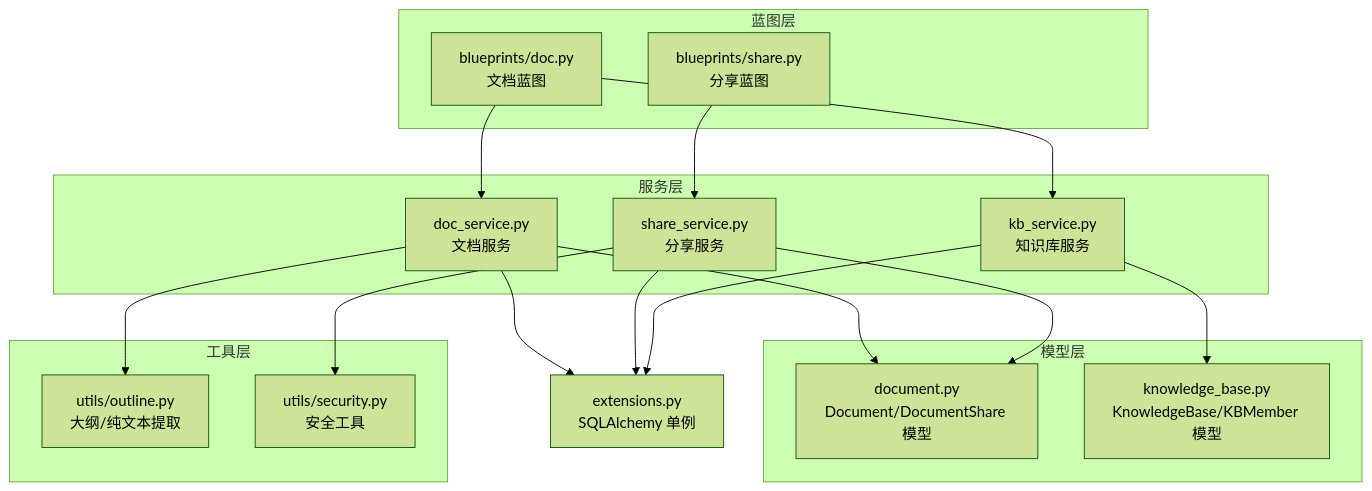
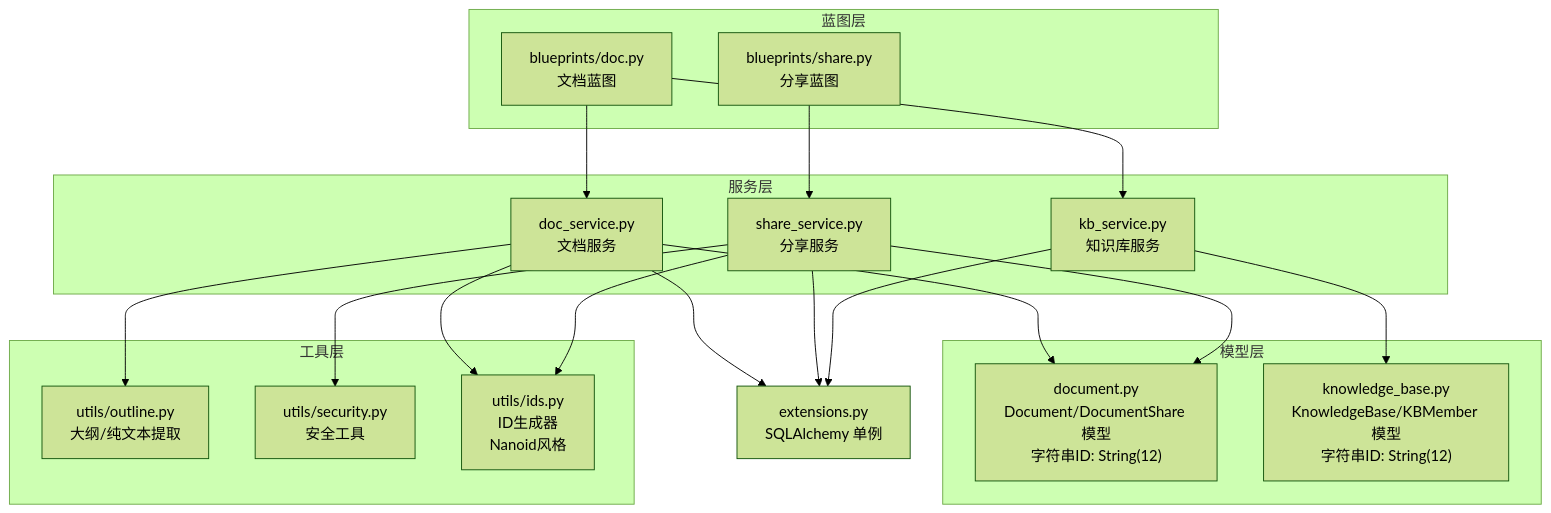
The first of 8 diagrams in .qoder/repowiki/zh/content/核心模块/文档管理系统/文档服务层.md (beyondalbert/my_wiki), drawn with Mermaid (forest theme) before and after one commit. The commit also changed other lines of this file and 21 other files, not shown here.

````diff
--- a/.qoder/repowiki/zh/content/核心模块/文档管理系统/文档服务层.md
+++ b/.qoder/repowiki/zh/content/核心模块/文档管理系统/文档服务层.md
@@ -34,32 +45,35 @@
 ```mermaid
 graph TB
 subgraph "服务层"
 DS["doc_service.py<br/>文档服务"]
 SS["share_service.py<br/>分享服务"]
 KBS["kb_service.py<br/>知识库服务"]
 end
 subgraph "模型层"
-DM["document.py<br/>Document/DocumentShare 模型"]
-KBM["knowledge_base.py<br/>KnowledgeBase/KBMember 模型"]
+DM["document.py<br/>Document/DocumentShare 模型<br/>字符串ID: String(12)"]
+KBM["knowledge_base.py<br/>KnowledgeBase/KBMember 模型<br/>字符串ID: String(12)"]
 end
 subgraph "蓝图层"
 BPDoc["blueprints/doc.py<br/>文档蓝图"]
 BPShare["blueprints/share.py<br/>分享蓝图"]
 end
 subgraph "工具层"
 OUT["utils/outline.py<br/>大纲/纯文本提取"]
 SEC["utils/security.py<br/>安全工具"]
+IDS["utils/ids.py<br/>ID生成器<br/>Nanoid风格"]
 end
 EXT["extensions.py<br/>SQLAlchemy 单例"]
 BPDoc --> DS
 BPDoc --> KBS
 BPShare --> SS
 DS --> DM
 SS --> DM
 KBS --> KBM
 DS --> OUT
 SS --> SEC
+DS --> IDS
+SS --> IDS
 DS --> EXT
 SS --> EXT
 KBS --> EXT
 ```
````
